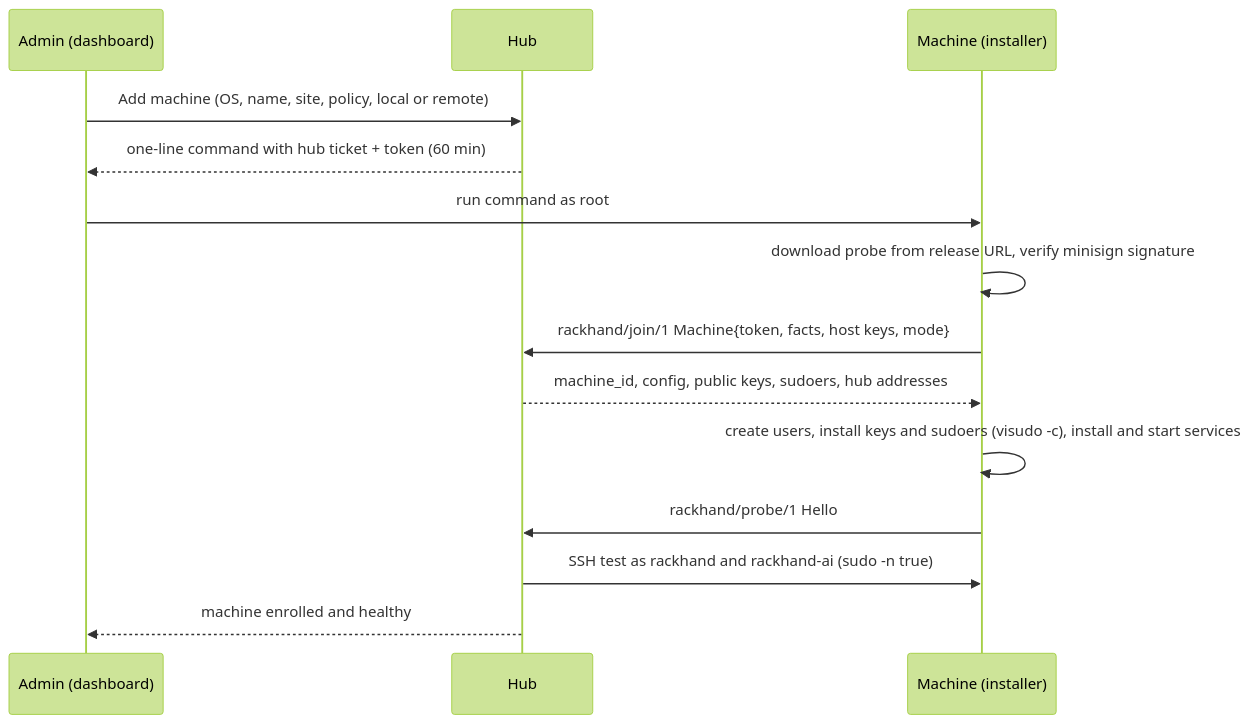
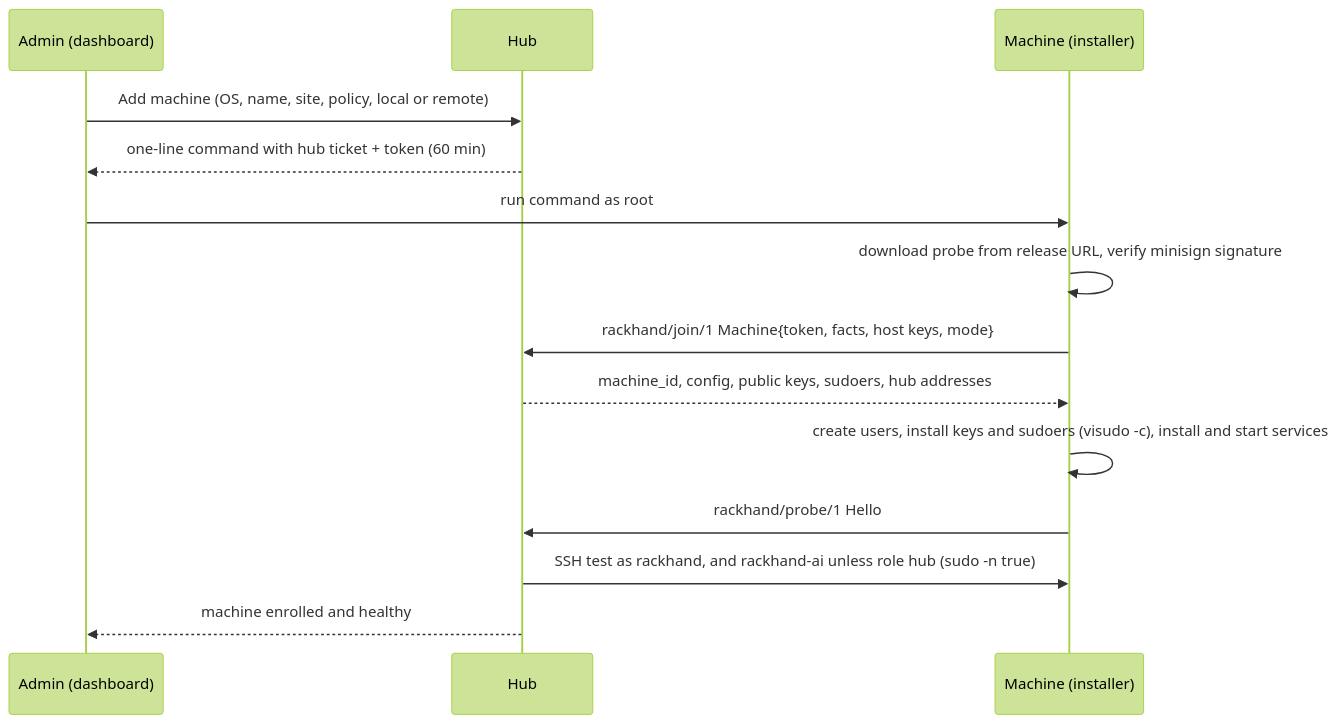
The third of 7 diagrams in docs/designs/0001-architecture/design.md (StrangeMatterStudio/Rackhand), drawn with Mermaid (forest theme) before and after one commit. The commit also changed other lines of this file, not shown here.

````diff
--- a/docs/designs/0001-architecture/design.md
+++ b/docs/designs/0001-architecture/design.md
@@ -668,16 +706,16 @@
 ```mermaid
 sequenceDiagram
   participant U as Admin (dashboard)
   participant H as Hub
   participant M as Machine (installer)
   U->>H: Add machine (OS, name, site, policy, local or remote)
   H-->>U: one-line command with hub ticket + token (60 min)
   U->>M: run command as root
   M->>M: download probe from release URL, verify minisign signature
   M->>H: rackhand/join/1 Machine{token, facts, host keys, mode}
   H-->>M: machine_id, config, public keys, sudoers, hub addresses
   M->>M: create users, install keys and sudoers (visudo -c), install and start services
   M->>H: rackhand/probe/1 Hello
-  H->>M: SSH test as rackhand and rackhand-ai (sudo -n true)
+  H->>M: SSH test as rackhand, and rackhand-ai unless role hub (sudo -n true)
   H-->>U: machine enrolled and healthy
 ```
````
